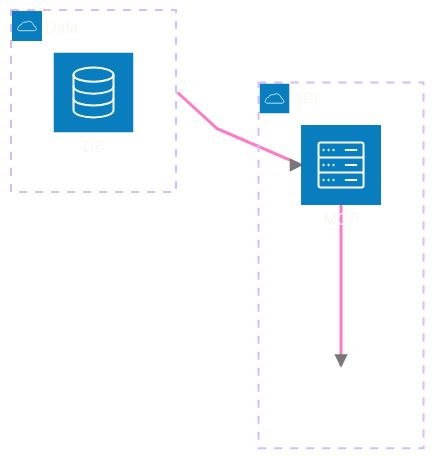
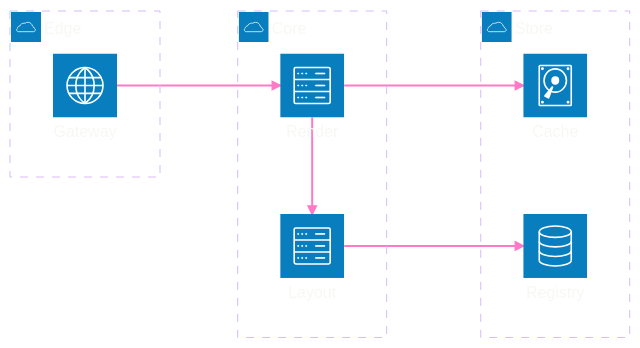
One commit to bsamiee/Rasm changed diagram 13 of 25 in .claude/skills/mermaid-diagramming/references/syntax-extended.md. Above: the diagram before and after it, drawn with Mermaid. The commit also changed other lines of this file and 56 other files, not shown here.

````diff
--- a/.claude/skills/mermaid-diagramming/references/syntax-extended.md
+++ b/.claude/skills/mermaid-diagramming/references/syntax-extended.md
@@ -427,29 +711,42 @@
 ```mermaid
 ---
 config:
   theme: base
   look: classic
   architecture:
-    seed: 7
+    seed: 4
+    iconSize: 64
   themeVariables:
     darkMode: true
     fontFamily: "SF Mono, Menlo, Cascadia Mono, Segoe UI Mono, Consolas, monospace"
     useGradient: false
     dropShadow: "none"
     textColor: "#F8F8F2"
-    primaryTextColor: "#F8F8F2"
+    lineColor: "#FF79C6"
     archEdgeColor: "#FF79C6"
+    archEdgeArrowColor: "#FF79C6"
+    archEdgeWidth: "2"
     archGroupBorderColor: "#D6BCFA"
+    archGroupBorderWidth: "1"
+  themeCSS: ".architecture-service svg rect,.architecture-groups svg rect{fill:#44475A!important}.architecture-groups text{fill:#D6BCFA;font-size:13.5px;font-weight:700;letter-spacing:.08em}.architecture-services text{font-size:13px;font-weight:500}.node-bkg{stroke-dasharray:5 4}"
 ---
 architecture-beta
-  accTitle: Infrastructure demo
-  accDescr: A database group feeding an MCP service through a junction inside the API group.
-  group api(cloud)[API]
-  group data(cloud)[Data]
-  service db(database)[DB] in data
-  service mcp(server)[MCP] in api
-  junction jn in api
-  db{group}:R --> L:mcp
-  mcp:B --> T:jn
-  align column mcp jn
+  accTitle: Render service topology
+  accDescr: An edge gateway feeding a render service pair backed by a cache and a registry database, with proof storage receiving output.
+  group edge(cloud)[Edge]
+  group core(cloud)[Core]
+  group store(cloud)[Store]
+  service gw(internet)[Gateway] in edge
+  service render(server)[Render] in core
+  service layout(server)[Layout] in core
+  service cache(disk)[Cache] in store
+  service registry(database)[Registry] in store
+  gw:R --> L:render
+  render:R --> L:cache
+  layout:R --> L:registry
+  render:B --> T:layout
+  align column render layout
+  align row gw render cache
+  align row layout registry
+  align column cache registry
 ```
````
